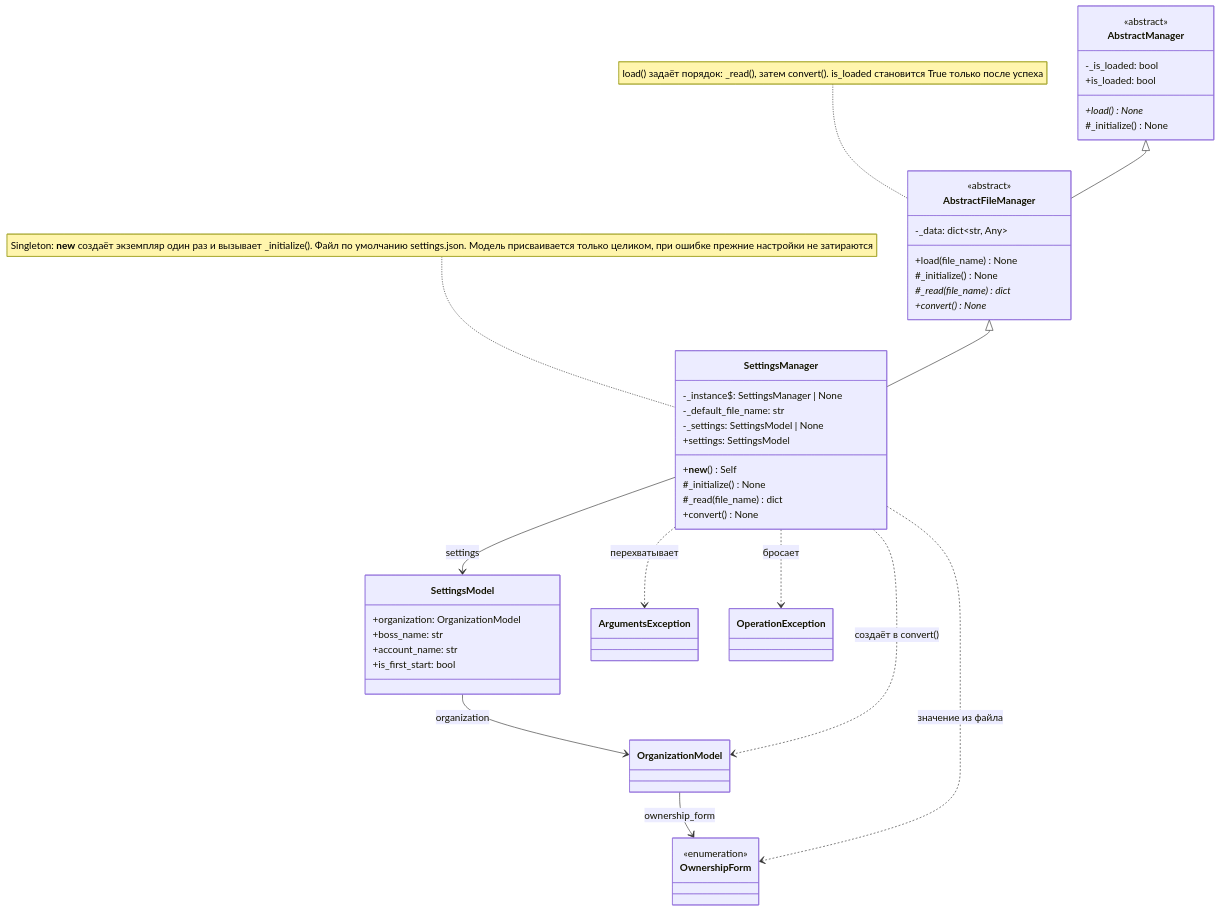
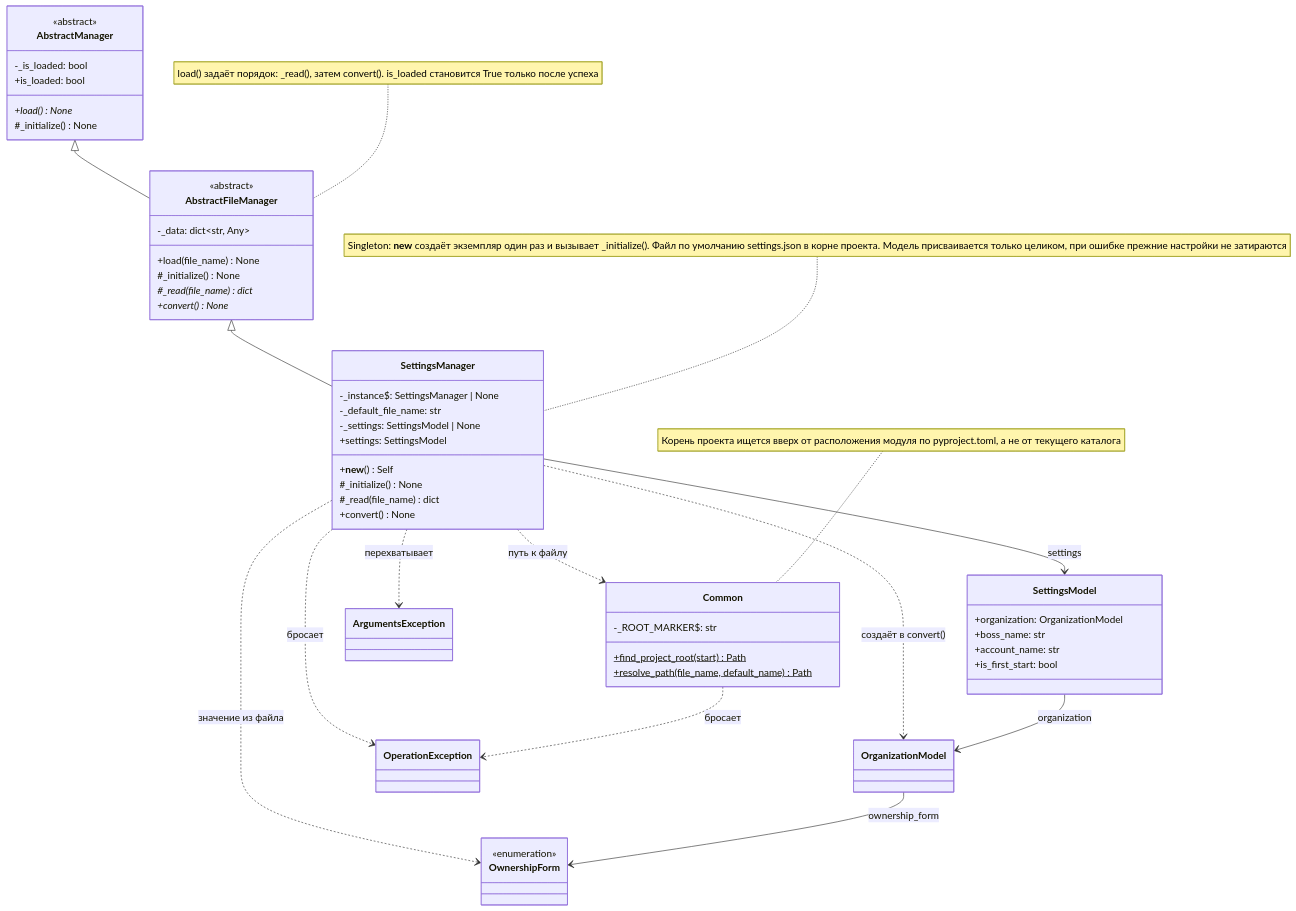
The third of 4 diagrams in Docs/ClassDiagram.md (asutenshi/design-patterns), drawn with Mermaid before and after one commit. The commit also changed 4 other files, not shown here.

Commit message:
feat: find full file path

````diff
--- a/Docs/ClassDiagram.md
+++ b/Docs/ClassDiagram.md
@@ -168,60 +168,70 @@
 ```mermaid
 classDiagram
     direction TB
 
     class AbstractManager {
         <<abstract>>
         -_is_loaded: bool
         +is_loaded: bool
         +load()* None
         #_initialize() None
     }
 
     class AbstractFileManager {
         <<abstract>>
         -_data: dict~str, Any~
         +load(file_name) None
         #_initialize() None
         #_read(file_name)* dict
         +convert()* None
     }
 
     note for AbstractFileManager "load() задаёт порядок: _read(), затем convert(). is_loaded становится True только после успеха"
 
+    class Common {
+        -_ROOT_MARKER$: str
+        +find_project_root(start)$ Path
+        +resolve_path(file_name, default_name)$ Path
+    }
+
+    note for Common "Корень проекта ищется вверх от расположения модуля по pyproject.toml, а не от текущего каталога"
+
     class SettingsManager {
         -_instance$: SettingsManager | None
         -_default_file_name: str
         -_settings: SettingsModel | None
         +settings: SettingsModel
         +__new__() Self
         #_initialize() None
         #_read(file_name) dict
         +convert() None
     }
 
-    note for SettingsManager "Singleton: __new__ создаёт экземпляр один раз и вызывает _initialize(). Файл по умолчанию settings.json. Модель присваивается только целиком, при ошибке прежние настройки не затираются"
+    note for SettingsManager "Singleton: __new__ создаёт экземпляр один раз и вызывает _initialize(). Файл по умолчанию settings.json в корне проекта. Модель присваивается только целиком, при ошибке прежние настройки не затираются"
 
     class SettingsModel {
         +organization: OrganizationModel
         +boss_name: str
         +account_name: str
         +is_first_start: bool
     }
 
     class OrganizationModel
     class OwnershipForm {
         <<enumeration>>
     }
     class ArgumentsException
     class OperationException
 
     AbstractManager <|-- AbstractFileManager
     AbstractFileManager <|-- SettingsManager
     SettingsManager --> SettingsModel : settings
     SettingsModel --> OrganizationModel : organization
     OrganizationModel --> OwnershipForm : ownership_form
+    SettingsManager ..> Common : путь к файлу
+    Common ..> OperationException : бросает
     SettingsManager ..> OrganizationModel : создаёт в convert()
     SettingsManager ..> OwnershipForm : значение из файла
     SettingsManager ..> ArgumentsException : перехватывает
     SettingsManager ..> OperationException : бросает
 ```
````
